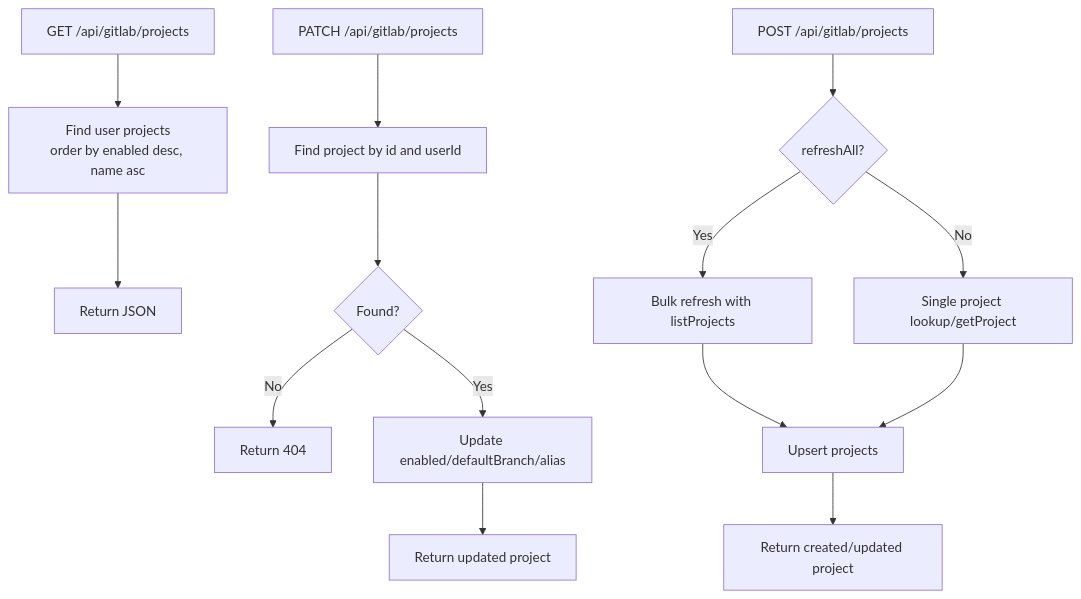
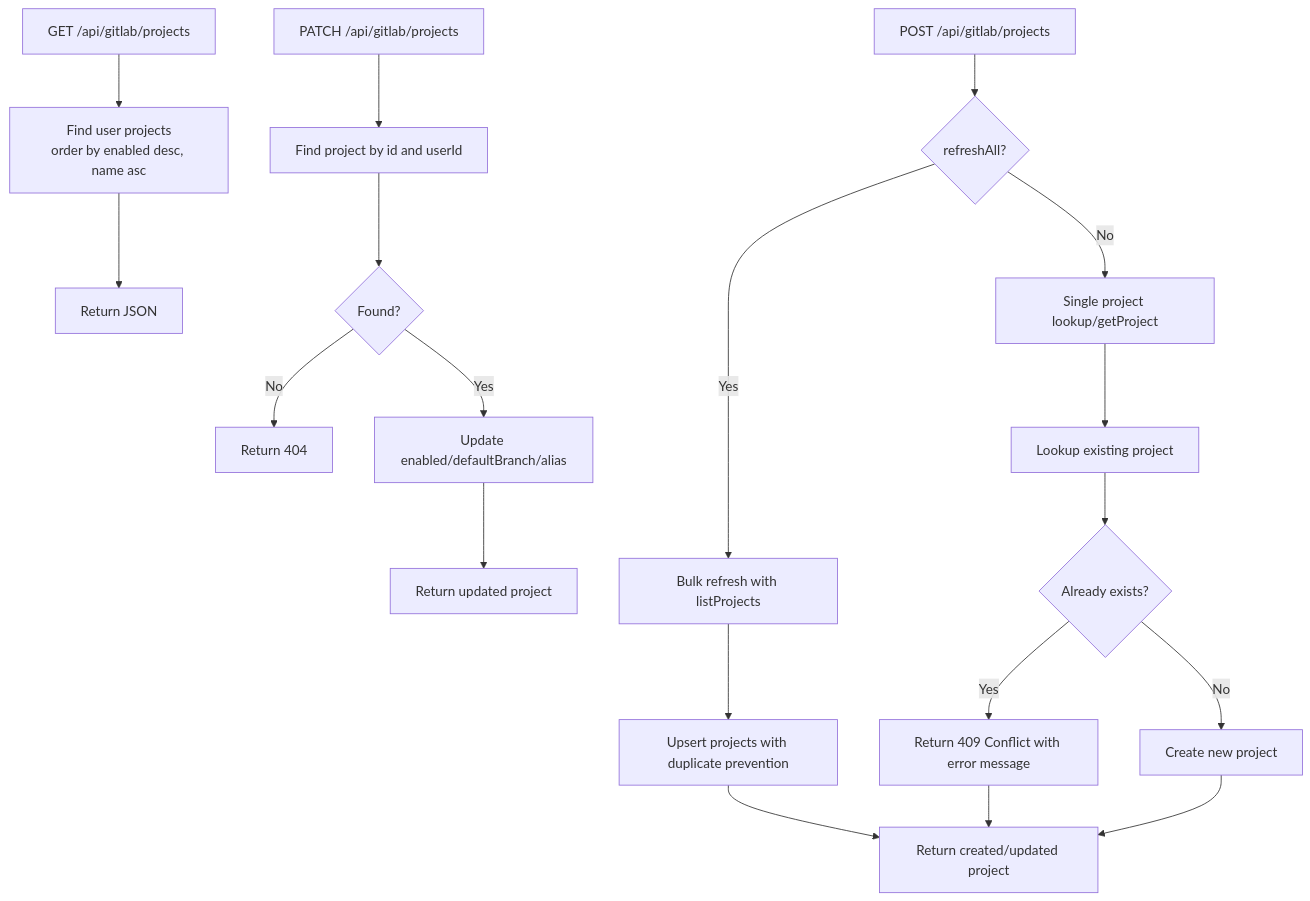
One commit to jrj444/git-daily changed the sixth of 10 diagrams in .qoder/repowiki/en/content/Report Generation System/GitLab Integration.md. Above: the diagram before and after it, drawn with Mermaid. The commit also changed other lines of this file and 6 other files, not shown here.

````diff
--- a/.qoder/repowiki/en/content/Report Generation System/GitLab Integration.md
+++ b/.qoder/repowiki/en/content/Report Generation System/GitLab Integration.md
@@ -274,16 +283,21 @@
 ```mermaid
 flowchart TD
 L["GET /api/gitlab/projects"] --> Q["Find user projects<br/>order by enabled desc, name asc"]
 Q --> R["Return JSON"]
 U["PATCH /api/gitlab/projects"] --> F["Find project by id and userId"]
 F --> Exists{"Found?"}
 Exists -- "No" --> E404["Return 404"]
 Exists -- "Yes" --> Save["Update enabled/defaultBranch/alias"]
 Save --> OK["Return updated project"]
 A["POST /api/gitlab/projects"] --> Check{"refreshAll?"}
 Check -- "Yes" --> Bulk["Bulk refresh with listProjects"]
 Check -- "No" --> Single["Single project lookup/getProject"]
-Bulk --> Upsert["Upsert projects"]
-Single --> Upsert
+Bulk --> Upsert["Upsert projects with duplicate prevention"]
+Single --> Lookup["Lookup existing project"]
+Lookup --> ExistsDup{"Already exists?"}
+ExistsDup -- "Yes" --> Conflict["Return 409 Conflict with error message"]
+ExistsDup -- "No" --> Create["Create new project"]
 Upsert --> Return["Return created/updated project"]
+Conflict --> Return
+Create --> Return
 ```
````
